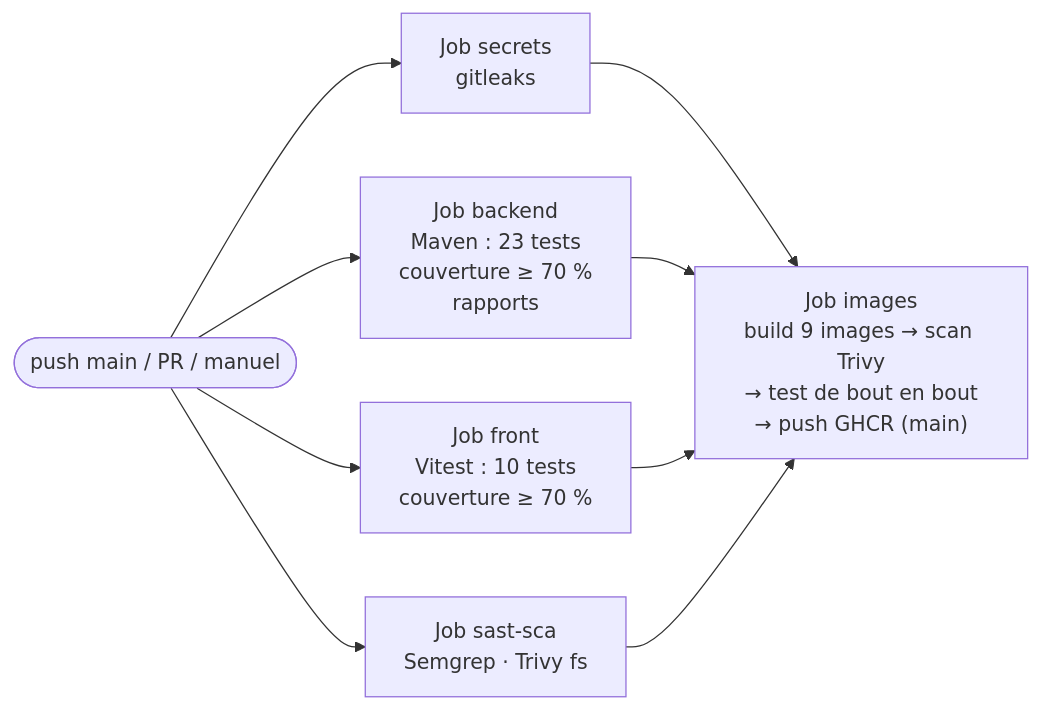
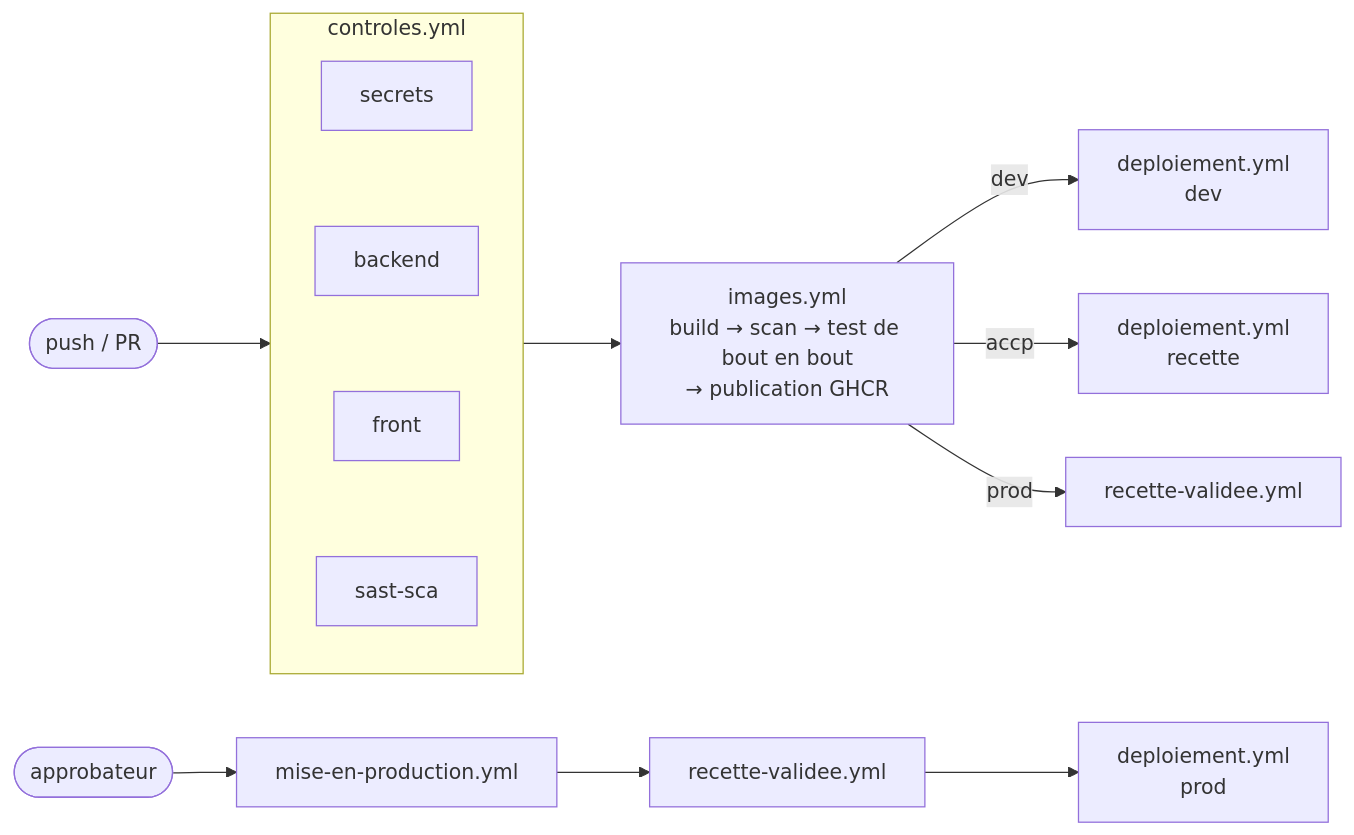
One commit to ALD3X/CESI_B3_Collab changed the diagram in docs/cicd/demo-github-actions.md. Above: the diagram before and after it, drawn with Mermaid. The commit also changed other lines of this file and 3 other files, not shown here.

Commit message:
docs: structure du pipeline GitHub Actions et récupération des images depuis GHCR

````diff
--- a/docs/cicd/demo-github-actions.md
+++ b/docs/cicd/demo-github-actions.md
@@ -26,9 +37,12 @@
 ```mermaid
 flowchart LR
-    E(["push main / PR / manuel"]) --> S & B & F & A
-    S["Job secrets<br/>gitleaks"]
-    B["Job backend<br/>Maven : 23 tests<br/>couverture ≥ 70 %<br/> rapports"]
-    F["Job front<br/>Vitest : 10 tests<br/>couverture ≥ 70 %"]
-    A["Job sast-sca<br/>Semgrep · Trivy fs"]
-    S & B & F & A --> I["Job images<br/>build 9 images → scan Trivy<br/>→ test de bout en bout<br/>→ push GHCR (main)"]
+    P(["push / PR"]) --> C
+    subgraph C["controles.yml"]
+      S["secrets"] ~~~ B["backend"] ~~~ F["front"] ~~~ A["sast-sca"]
+    end
+    C --> I["images.yml<br/>build → scan → test de bout en bout<br/>→ publication GHCR"]
+    I -- "dev" --> D["deploiement.yml<br/>dev"]
+    I -- "accp" --> R["deploiement.yml<br/>recette"]
+    I -- "prod" --> V["recette-validee.yml"]
+    M(["approbateur"]) --> MP["mise-en-production.yml"] --> V2["recette-validee.yml"] --> DP["deploiement.yml<br/>prod"]
 ```
````
